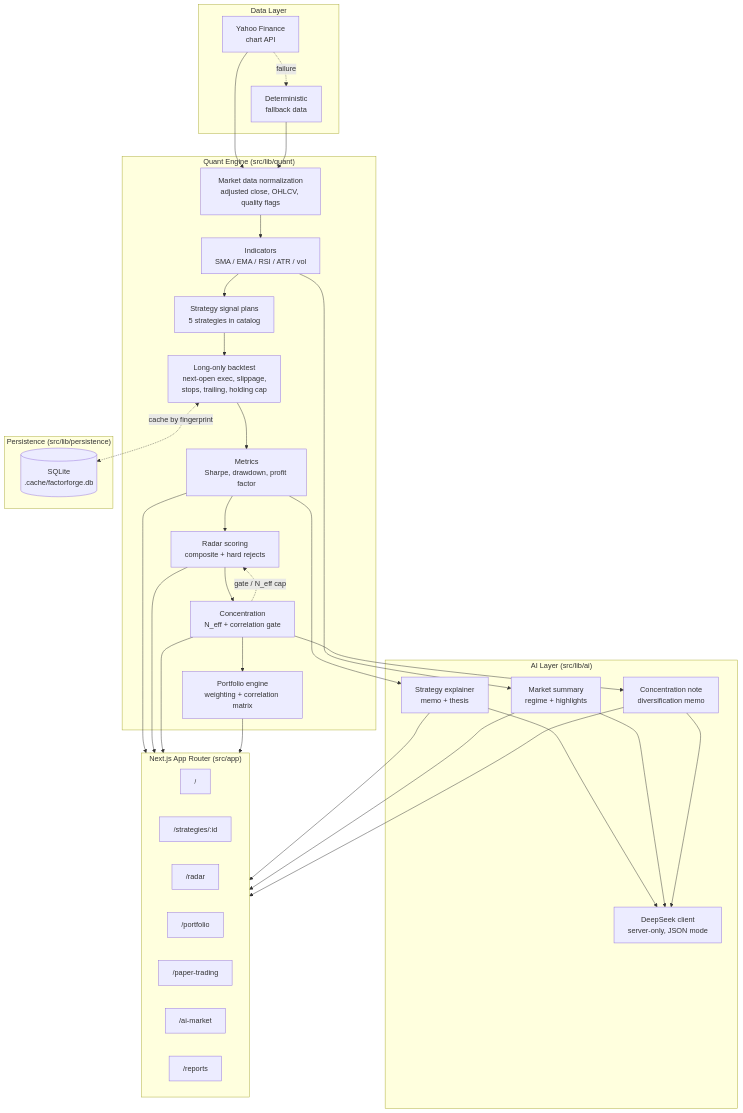
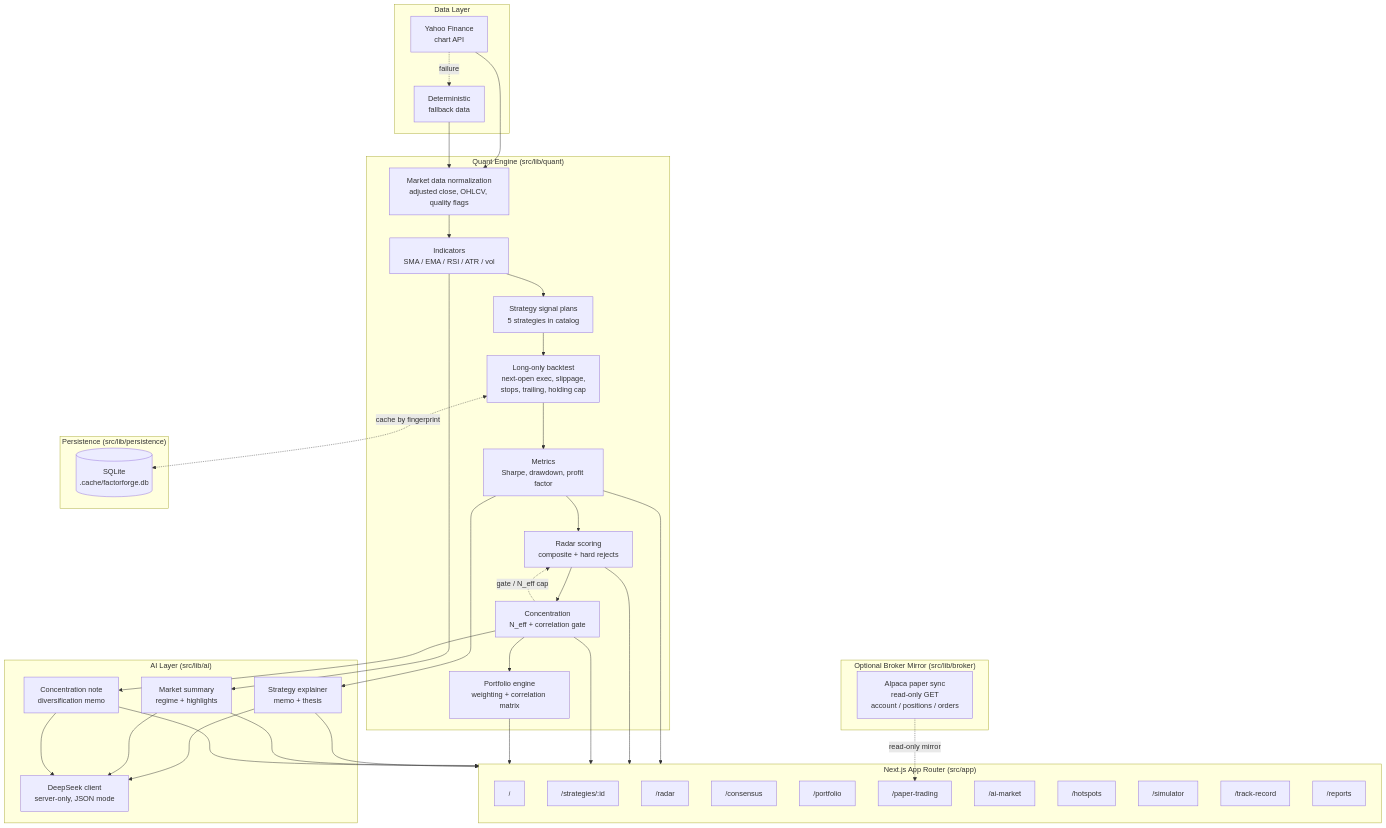
One commit to bobaoxu2001/FactorForge changed the diagram in README.md. Above: the diagram before and after it, drawn with Mermaid. The commit also changed other lines of this file and 4 other files, not shown here.

````diff
--- a/README.md
+++ b/README.md
@@ -74,60 +87,69 @@
 ```mermaid
 flowchart TB
   subgraph DATA["Data Layer"]
     YH[Yahoo Finance<br/>chart API]
     FB[Deterministic<br/>fallback data]
     YH -.failure.-> FB
   end
 
   subgraph QUANT["Quant Engine (src/lib/quant)"]
     NORM[Market data normalization<br/>adjusted close, OHLCV, quality flags]
     IND[Indicators<br/>SMA / EMA / RSI / ATR / vol]
     SIG[Strategy signal plans<br/>5 strategies in catalog]
     BT[Long-only backtest<br/>next-open exec, slippage,<br/>stops, trailing, holding cap]
     MET[Metrics<br/>Sharpe, drawdown, profit factor]
     RAD[Radar scoring<br/>composite + hard rejects]
     CONC[Concentration<br/>N_eff + correlation gate]
     PORT[Portfolio engine<br/>weighting + correlation matrix]
   end
 
   subgraph PERSIST["Persistence (src/lib/persistence)"]
     DB[(SQLite<br/>.cache/factorforge.db)]
   end
 
   subgraph AI["AI Layer (src/lib/ai)"]
     DS[DeepSeek client<br/>server-only, JSON mode]
     EXP[Strategy explainer<br/>memo + thesis]
     MS[Market summary<br/>regime + highlights]
     CN[Concentration note<br/>diversification memo]
   end
 
+  subgraph BROKER["Optional Broker Mirror (src/lib/broker)"]
+    ALP[Alpaca paper sync<br/>read-only GET<br/>account / positions / orders]
+  end
+
   subgraph UI["Next.js App Router (src/app)"]
     HOME["/"]
     STRAT["/strategies/:id"]
     RADAR["/radar"]
+    CONS["/consensus"]
     PFOL["/portfolio"]
     PAPER["/paper-trading"]
     AIM["/ai-market"]
+    HOT["/hotspots"]
+    SIM["/simulator"]
+    TRK["/track-record"]
     REP["/reports"]
   end
 
   YH --> NORM
   FB --> NORM
   NORM --> IND --> SIG --> BT --> MET
   BT <-.cache by fingerprint.-> DB
   MET --> RAD --> CONC --> PORT
   CONC -.gate / N_eff cap.-> RAD
   MET --> EXP
   IND --> MS
   CONC --> CN
   EXP --> DS
   MS --> DS
   CN --> DS
   MET --> UI
   RAD --> UI
   CONC --> UI
   PORT --> UI
   EXP --> UI
   MS --> UI
   CN --> UI
+  ALP -.read-only mirror.-> PAPER
 ```
````
